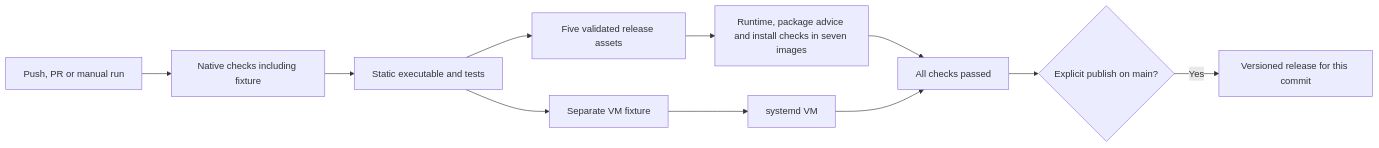
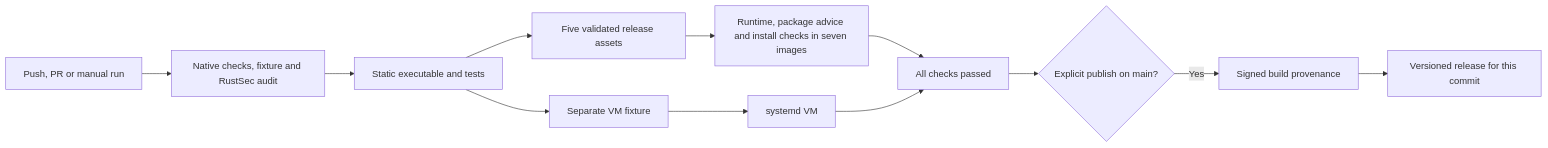
The diagram in docs/development/maintenance.md (ishad0w/minibookx-ctl), drawn with Mermaid before and after one commit. The commit also changed other lines of this file and 54 other files, not shown here.

````diff
--- a/docs/development/maintenance.md
+++ b/docs/development/maintenance.md
@@ -272,13 +282,14 @@
 ```mermaid
 flowchart LR
-    C[Push, PR or manual run] --> T[Native checks including fixture]
+    C[Push, PR or manual run] --> T[Native checks, fixture and RustSec audit]
     T --> B[Static executable and tests]
     B --> P[Five validated release assets]
     B --> F[Separate VM fixture]
     P --> D[Runtime, package advice and install checks in seven images]
     F --> V[systemd VM]
     D --> G[All checks passed]
     V --> G
     G --> M{Explicit publish on main?}
-    M -->|Yes| R[Versioned release for this commit]
+    M -->|Yes| A[Signed build provenance]
+    A --> R[Versioned release for this commit]
 ```
````
